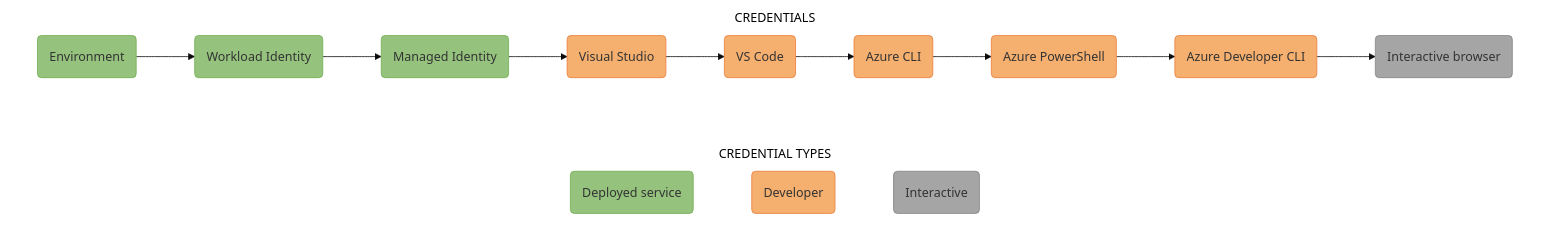
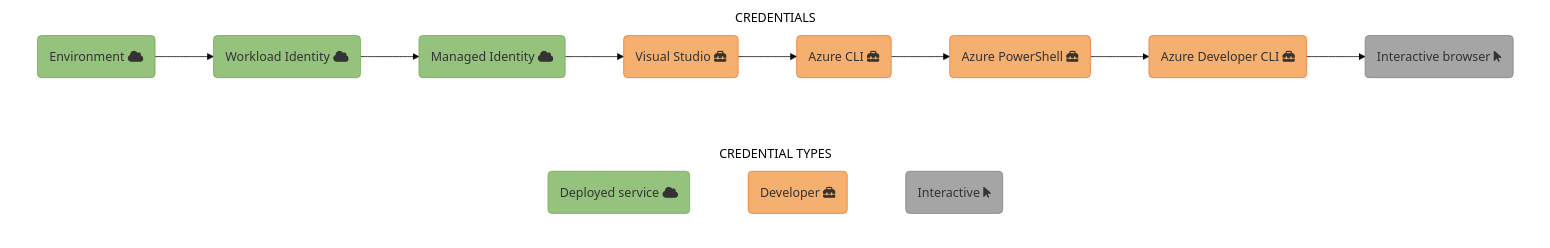
Before and after one commit to dotnet/docs: the diagram in docs/azure/sdk/media/credential-chains/DefaultAzureCredentialAuthFlow.md, drawn with Mermaid. The commit also changed 4 other files, not shown here.

Commit message:
Edit diagrams

````diff
--- a/docs/azure/sdk/media/credential-chains/DefaultAzureCredentialAuthFlow.md
+++ b/docs/azure/sdk/media/credential-chains/DefaultAzureCredentialAuthFlow.md
@@ -1,44 +1,43 @@
 ```mermaid
 %% STEPS TO GENERATE IMAGE
 %% =======================
 %% 1. Install mermaid CLI v10.9.1 (see https://github.com/mermaid-js/mermaid-cli/blob/master/README.md):
 %%    npm i -g @mermaid-js/mermaid-cli@10.9.1
 %% 2. Run command: mmdc -i DefaultAzureCredentialAuthFlow.md -o DefaultAzureCredentialAuthFlow.svg
 
 %%{
   init: {
     'theme': 'base',
     'themeVariables': {
       'tertiaryBorderColor': '#fff',
       'tertiaryColor': '#fff'
     }
   }
 }%%
 
 flowchart LR;
     subgraph CREDENTIAL TYPES;
         direction LR;
-        Deployed(Deployed service):::deployed ~~~ Developer(Developer):::developer ~~~ Interactive(Interactive):::interactive;
+        Deployed(Deployed service fa:fa-cloud):::deployed ~~~ Developer(Developer fa:fa-toolbox):::developer ~~~ Interactive(Interactive fa:fa-arrow-pointer):::interactive;
     end;
 
     subgraph CREDENTIALS;
         direction LR;
-        A(Environment):::deployed --> B(Workload Identity):::deployed --> C(Managed Identity):::deployed --> D(Visual Studio):::developer --> E(VS Code):::developer --> F(Azure CLI):::developer --> G(Azure PowerShell):::developer --> H(Azure Developer CLI):::developer --> I(Interactive browser):::interactive;
+        A(Environment fa:fa-cloud):::deployed --> B(Workload Identity fa:fa-cloud):::deployed --> C(Managed Identity fa:fa-cloud):::deployed --> D(Visual Studio fa:fa-toolbox):::developer --> E(Azure CLI fa:fa-toolbox):::developer --> F(Azure PowerShell fa:fa-toolbox):::developer --> G(Azure Developer CLI fa:fa-toolbox):::developer --> H(Interactive browser fa:fa-arrow-pointer):::interactive;
     end;
 
     %% Define styles for credential type boxes
     classDef deployed fill:#95C37E, stroke:#71AD4C;
     classDef developer fill:#F5AF6F, stroke:#EB7C39;
     classDef interactive fill:#A5A5A5, stroke:#828282;
 
     %% Add API ref links to credential type boxes
     click A "https://learn.microsoft.com/dotnet/api/azure.identity.environmentcredential?view=azure-dotnet" _blank;
     click B "https://learn.microsoft.com/dotnet/api/azure.identity.workloadidentitycredential?view=azure-dotnet" _blank;
     click C "https://learn.microsoft.com/dotnet/api/azure.identity.managedidentitycredential?view=azure-dotnet" _blank;
     click D "https://learn.microsoft.com/dotnet/api/azure.identity.visualstudiocredential?view=azure-dotnet" _blank;
-    click E "https://learn.microsoft.com/dotnet/api/azure.identity.visualstudiocodecredential?view=azure-dotnet" _blank;
-    click F "https://learn.microsoft.com/dotnet/api/azure.identity.azureclicredential?view=azure-dotnet" _blank;
-    click G "https://learn.microsoft.com/dotnet/api/azure.identity.azurepowershellcredential?view=azure-dotnet" _blank;
-    click H "https://learn.microsoft.com/dotnet/api/azure.identity.azuredeveloperclicredential?view=azure-dotnet" _blank
-    click I "https://learn.microsoft.com/dotnet/api/azure.identity.interactivebrowsercredential?view=azure-dotnet" _blank;
+    click E "https://learn.microsoft.com/dotnet/api/azure.identity.azureclicredential?view=azure-dotnet" _blank;
+    click F "https://learn.microsoft.com/dotnet/api/azure.identity.azurepowershellcredential?view=azure-dotnet" _blank;
+    click G "https://learn.microsoft.com/dotnet/api/azure.identity.azuredeveloperclicredential?view=azure-dotnet" _blank
+    click H "https://learn.microsoft.com/dotnet/api/azure.identity.interactivebrowsercredential?view=azure-dotnet" _blank;
 ```
````
